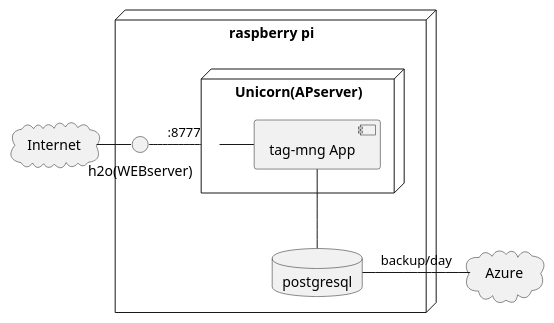
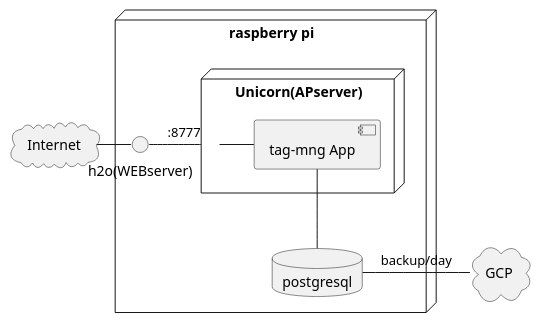
One commit to ddddddO/memo changed the diagram in arc/arc.pu. Above: the diagram before and after it, drawn with PlantUML. The commit also changed 1 other file, not shown here.

Commit message:
Azure → GCP

```diff
--- a/arc/arc.pu
+++ b/arc/arc.pu
@@ -1,33 +1,33 @@
 @startuml
 'MODULEs
 node "raspberry pi" as pi {
 
   () "h2o(WEBserver)" as h2o
 
   node "Unicorn(APserver)" as unicorn {
     component "tag-mng App" as tag_mng_app
   }
 
   database "postgresql" as postgres {
     
   }
 
 }
 
 cloud "Internet" as internet {
 
 }
-cloud "Azure" as azure {
+cloud "GCP" as gcp {
 
 }
 
 
 'RELATIONs
 internet - h2o
 h2o - unicorn : :8777
 unicorn - tag_mng_app
 tag_mng_app -- postgres
-postgres - azure : backup/day
+postgres - gcp : backup/day
 
 
 @enduml
```
